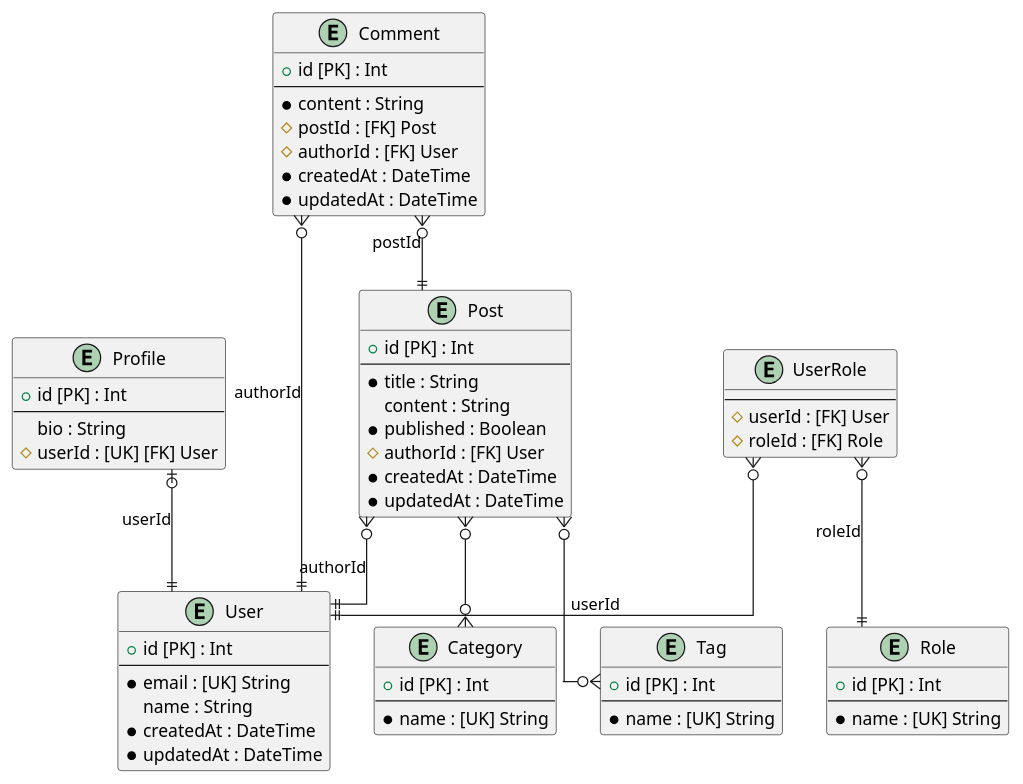
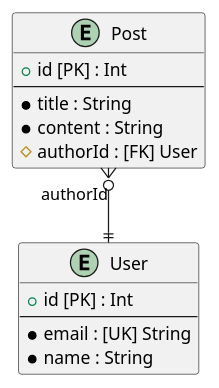
Before and after one commit to nakita628/blog: the fifth of 6 diagrams in posts/2024/09/05.md, drawn with PlantUML. The commit also changed other lines of this file and 195 other files, not shown here.

```diff
--- a/posts/2024/09/05.md
+++ b/posts/2024/09/05.md
@@ -577,75 +346,22 @@
 @startuml erd
 skinparam linetype ortho
 entity "User" as User {
 + id [PK] : Int 
 --
   * email : [UK] String
-  name : String
-  * createdAt : DateTime
-  * updatedAt : DateTime
-}
-
-entity "Profile" as Profile {
-+ id [PK] : Int 
---
-  bio : String
-  # userId : [UK] [FK] User
+  * name : String
 }
 
 entity "Post" as Post {
 + id [PK] : Int 
 --
   * title : String
-  content : String
-  * published : Boolean
+  * content : String
   # authorId : [FK] User
-  * createdAt : DateTime
-  * updatedAt : DateTime
-}
-
-entity "Comment" as Comment {
-+ id [PK] : Int 
---
-  * content : String
-  # postId : [FK] Post
-  # authorId : [FK] User
-  * createdAt : DateTime
-  * updatedAt : DateTime
-}
-
-entity "Category" as Category {
-+ id [PK] : Int 
---
-  * name : [UK] String
-}
-
-entity "Tag" as Tag {
-+ id [PK] : Int 
---
-  * name : [UK] String
-}
-
-entity "Role" as Role {
-+ id [PK] : Int 
---
-  * name : [UK] String
-}
-
-entity "UserRole" as UserRole {
---
-  # userId : [FK] User
-  # roleId : [FK] Role
 }
 
 ' Relations
-Profile |o--|| User: userId
 Post }o--|| User: authorId
-Comment }o--|| Post: postId
-Comment }o--|| User: authorId
-UserRole }o--|| User: userId
-UserRole }o--|| Role: roleId
 ' ManyToMany Relations
-Post }o--o{ Category
-Post }o--o{ Tag
 ' enum relations
 @enduml
```
